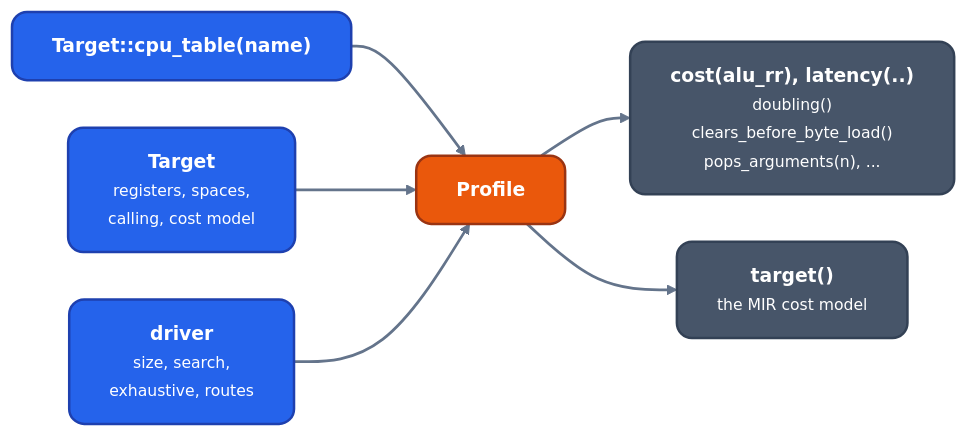
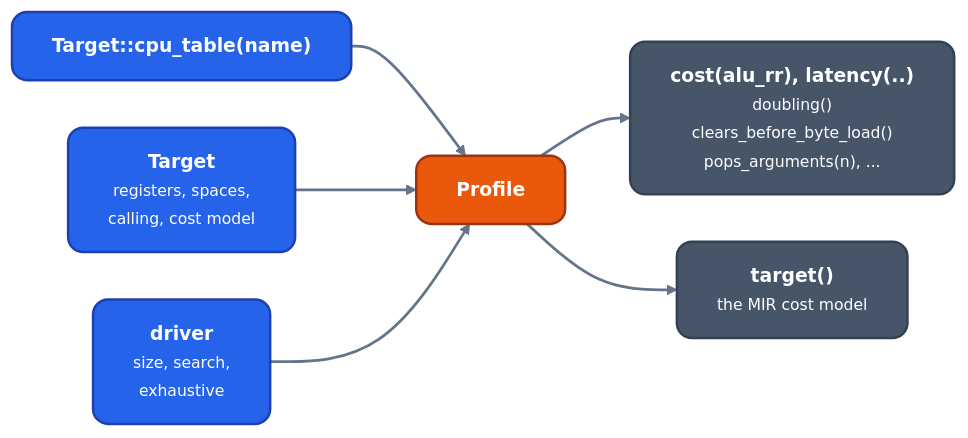
Before and after one commit to ali-mosavian/llrm: the diagram in docs/optimizations/backend/cpu.md, drawn with Mermaid. The commit also changed other lines of this file and 40 other files, not shown here.

````diff
--- a/docs/optimizations/backend/cpu.md
+++ b/docs/optimizations/backend/cpu.md
@@ -18,19 +18,19 @@
 ```mermaid
 %%{init: {'theme':'base','themeVariables':{'fontFamily':'Segoe UI, Helvetica Neue, Arial, DejaVu Sans, sans-serif','fontSize':'15px','primaryColor':'#475569','primaryTextColor':'#ffffff','primaryBorderColor':'#334155','lineColor':'#64748b','secondaryColor':'#475569','tertiaryColor':'transparent','clusterBkg':'transparent','clusterBorder':'#64748b','edgeLabelBackground':'#334155','textColor':'#64748b','titleColor':'#64748b'},'flowchart':{'curve':'basis','nodeSpacing':38,'rankSpacing':52,'padding':16,'wrappingWidth':360,'htmlLabels':true,'useMaxWidth':true}}}%%
 flowchart LR
   classDef src fill:#2563eb,stroke:#1e40af,stroke-width:2px,color:#ffffff,rx:12px,ry:12px
   classDef mid fill:#475569,stroke:#334155,stroke-width:2px,color:#ffffff,rx:12px,ry:12px
   classDef opt fill:#ea580c,stroke:#9a3412,stroke-width:2px,color:#ffffff,rx:12px,ry:12px
   linkStyle default stroke:#64748b,stroke-width:2.2px
   tab["<b>Target::cpu_table(name)</b>"]:::src
   tgt["<b>Target</b><br/><small>registers, spaces,<br/>calling, cost model</small>"]:::src
-  drv["<b>driver</b><br/><small>size, search,<br/>exhaustive, routes</small>"]:::src
+  drv["<b>driver</b><br/><small>size, search,<br/>exhaustive</small>"]:::src
   prof["<b>Profile</b>"]:::opt
   q["<b>cost(alu_rr), latency(..)</b><br/><small>doubling()<br/>clears_before_byte_load()<br/>pops_arguments(n), ...</small>"]:::mid
   mir["<b>target()</b><br/><small>the MIR cost model</small>"]:::mid
   tab --> prof
   tgt --> prof
   drv --> prof
   prof --> q
   prof --> mir
 ```
````
